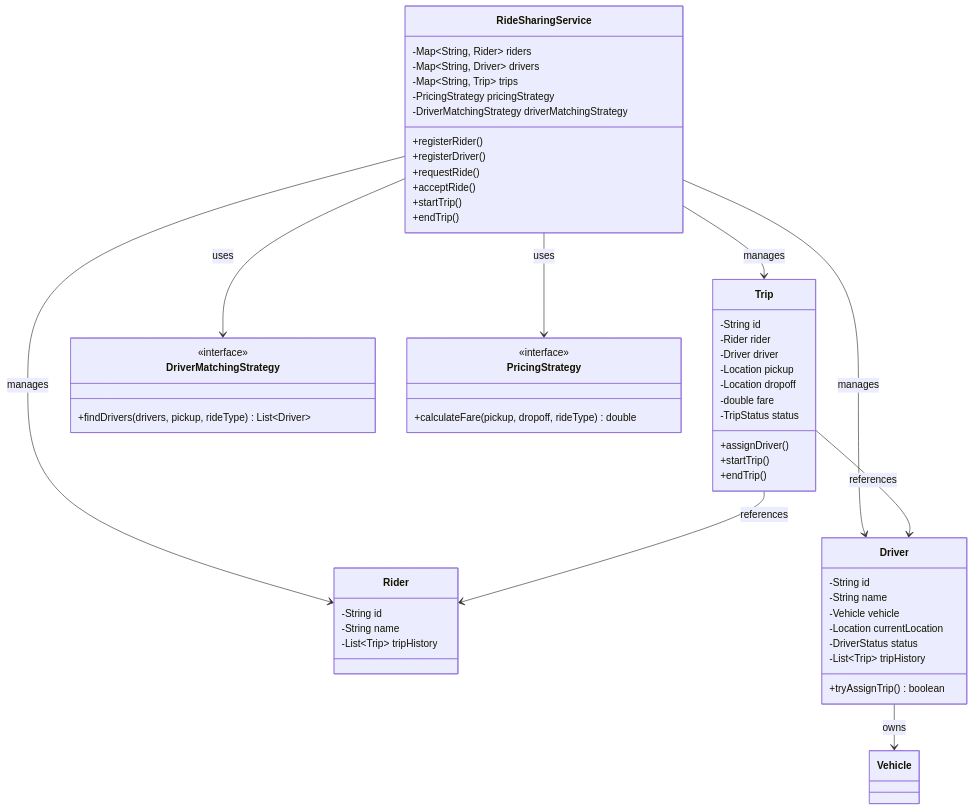
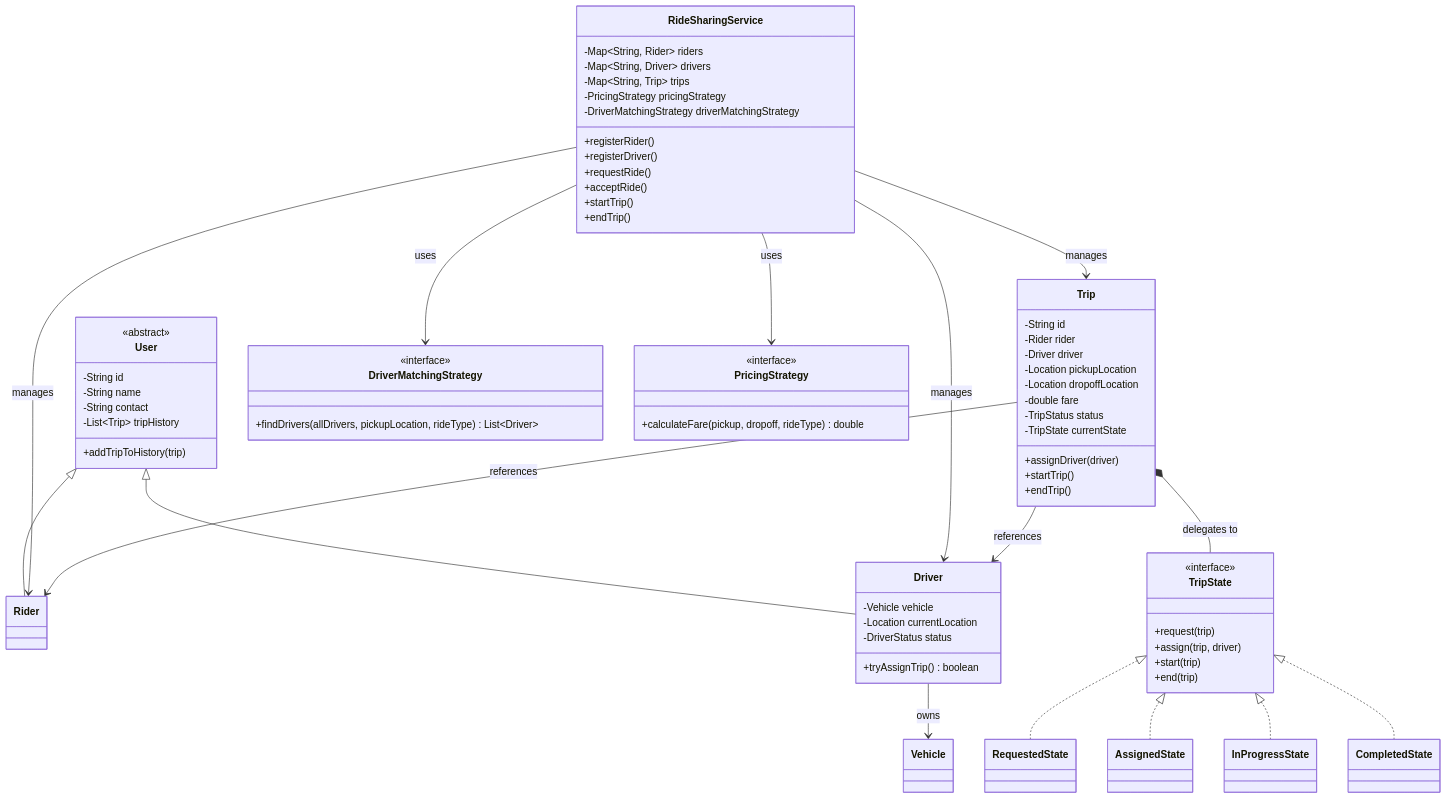
One commit to bhargavtenali/awesome-low-level-design changed the first of 3 diagrams in solutions/java/src/ridesharingservice/RideSharingLLD.md. Above: the diagram before and after it, drawn with Mermaid. The commit also changed other lines of this file and 19 other files, not shown here.

````diff
--- a/solutions/java/src/ridesharingservice/RideSharingLLD.md
+++ b/solutions/java/src/ridesharingservice/RideSharingLLD.md
@@ -79,19 +120,22 @@
         +endTrip()
     }
 
-    class Rider {
+    class User {
+        <<abstract>>
         -String id
         -String name
+        -String contact
         -List~Trip~ tripHistory
+        +addTripToHistory(trip)
+    }
+
+    class Rider {
     }
 
     class Driver {
-        -String id
-        -String name
         -Vehicle vehicle
         -Location currentLocation
         -DriverStatus status
-        -List~Trip~ tripHistory
         +tryAssignTrip() boolean
     }
 
@@ -99,18 +143,32 @@
         -String id
         -Rider rider
         -Driver driver
-        -Location pickup
-        -Location dropoff
+        -Location pickupLocation
+        -Location dropoffLocation
         -double fare
         -TripStatus status
-        +assignDriver()
+        -TripState currentState
+        +assignDriver(driver)
         +startTrip()
         +endTrip()
     }
 
+    class TripState {
+        <<interface>>
+        +request(trip)
+        +assign(trip, driver)
+        +start(trip)
+        +end(trip)
+    }
+
+    class RequestedState
+    class AssignedState
+    class InProgressState
+    class CompletedState
+
     class DriverMatchingStrategy {
         <<interface>>
-        +findDrivers(drivers, pickup, rideType) List~Driver~
+        +findDrivers(allDrivers, pickupLocation, rideType) List~Driver~
     }
 
     class PricingStrategy {
@@ -118,12 +176,19 @@
         +calculateFare(pickup, dropoff, rideType) double
     }
 
-    RideSharingService --> Rider : manages
-    RideSharingService --> Driver : manages
-    RideSharingService --> Trip : manages
-    RideSharingService --> DriverMatchingStrategy : uses
-    RideSharingService --> PricingStrategy : uses
-    Trip --> Rider : references
-    Trip --> Driver : references
-    Driver --> Vehicle : owns
+    User <|-- Rider
+    User <|-- Driver
+    RideSharingService --> Rider: manages
+    RideSharingService --> Driver: manages
+    RideSharingService --> Trip: manages
+    RideSharingService --> DriverMatchingStrategy: uses
+    RideSharingService --> PricingStrategy: uses
+    Trip --> Rider: references
+    Trip --> Driver: references
+    Trip *-- TripState: delegates to
+    TripState <|.. RequestedState
+    TripState <|.. AssignedState
+    TripState <|.. InProgressState
+    TripState <|.. CompletedState
+    Driver --> Vehicle: owns
 ```
````
